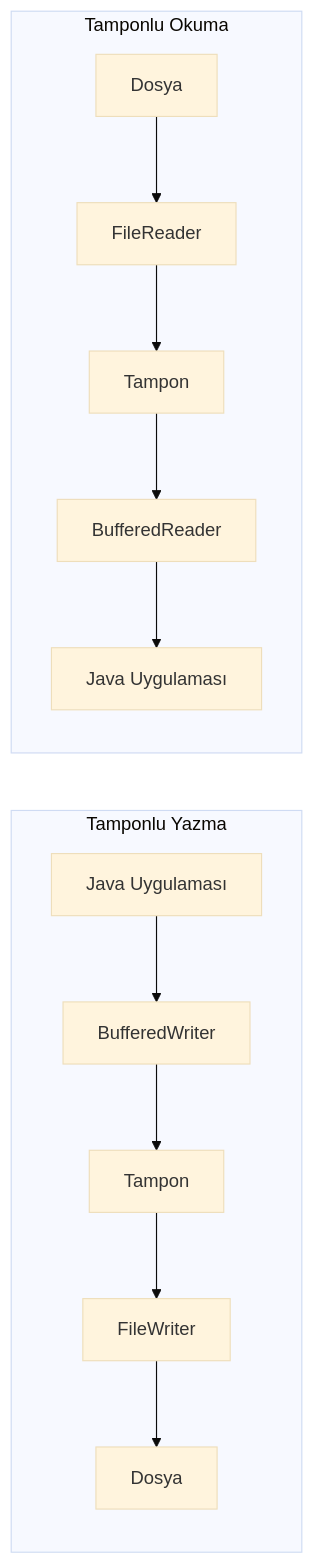
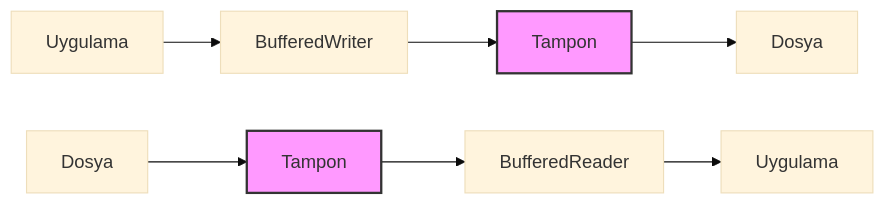
Before and after one commit to bmdersleri/bookMaker: the third of 5 diagrams in chapters/bolum-16/draft_versions/v001.md, drawn with Mermaid (base theme). The commit also changed other lines of this file and 31 other files, not shown here.

````diff
--- a/chapters/bolum-16/draft_versions/v001.md
+++ b/chapters/bolum-16/draft_versions/v001.md
@@ -145,15 +258,13 @@
 ```mermaid
 flowchart LR
-    subgraph Tamponlu Yazma
-        A[Java Uygulaması] --> B[BufferedWriter]
-        B --> C[Tampon]
-        C --> D[FileWriter]
-        D --> E[Dosya]
-    end
-    subgraph Tamponlu Okuma
-        F[Dosya] --> G[FileReader]
-        G --> H[Tampon]
-        H --> I[BufferedReader]
-        I --> J[Java Uygulaması]
-    end
+    A[Uygulama] --> B[BufferedWriter]
+    B --> C[Tampon]
+    C --> D[Dosya]
+    
+    E[Dosya] --> F[Tampon]
+    F --> G[BufferedReader]
+    G --> H[Uygulama]
+    
+    style C fill:#f9f,stroke:#333,stroke-width:2px
+    style F fill:#f9f,stroke:#333,stroke-width:2px
 ```
````
